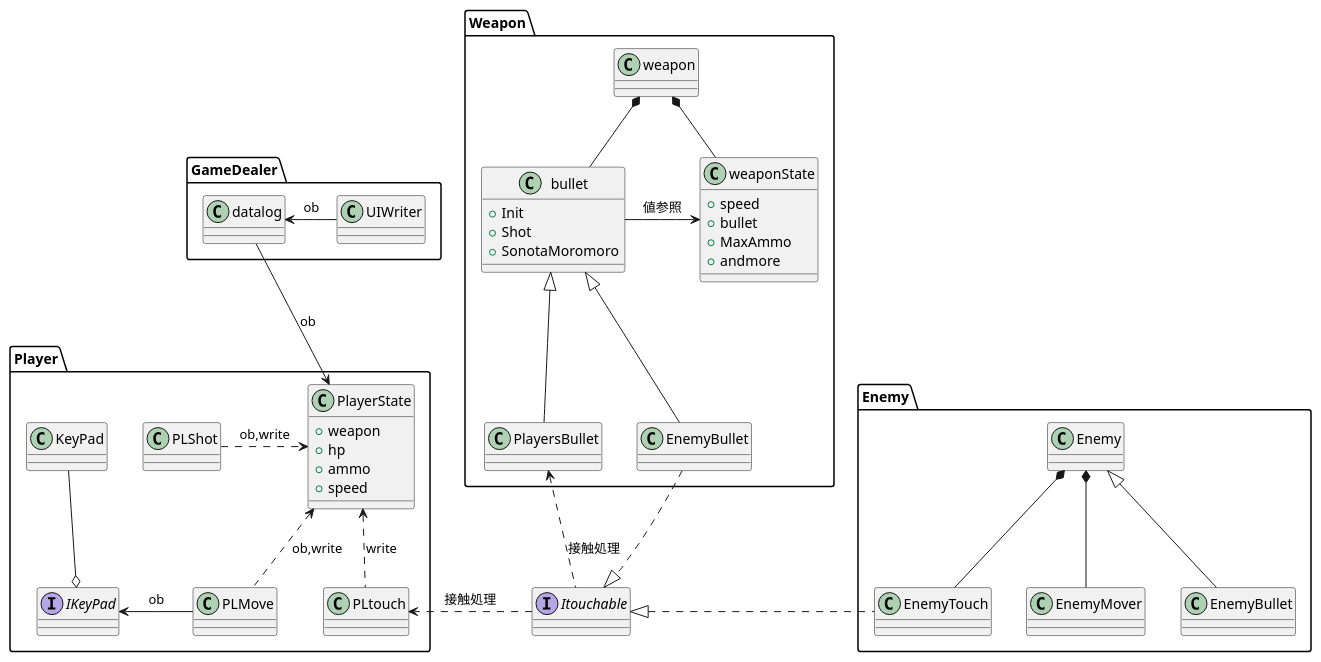
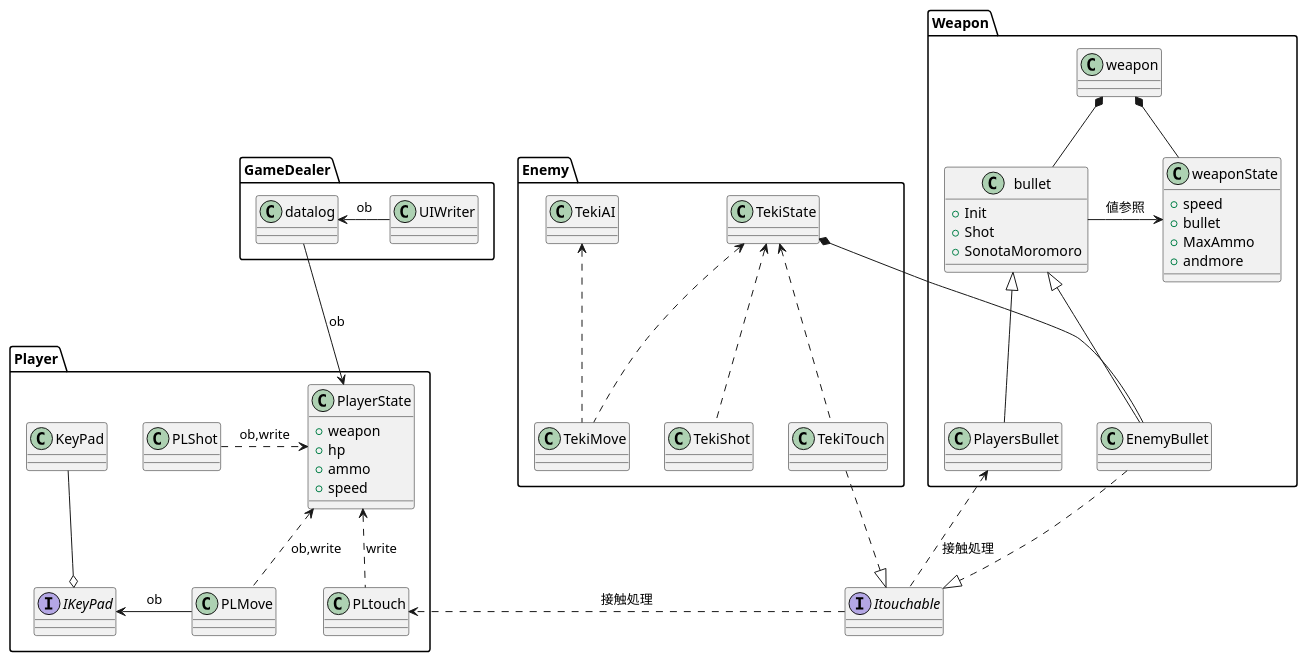
One commit to hitoiki/UnityRoomShooting changed the diagram in Assets/Script/ClassDesign.pu. Above: the diagram before and after it, drawn with PlantUML. The commit also changed 160 other files, not shown here.

```diff
--- a/Assets/Script/ClassDesign.pu
+++ b/Assets/Script/ClassDesign.pu
@@ -1,80 +1,83 @@
 @startuml クラス図
 
 
 package Player{
 class PlayerState{
 +weapon
 +hp
 +ammo
 +speed
 }
 
 class PLMove
 class PLShot
 class PLtouch
 
 interface IKeyPad
 class KeyPad
 
 KeyPad --o IKeyPad
 IKeyPad <- PLMove : ob
 PlayerState <.left. PLShot : ob,write
 PlayerState <.. PLMove : ob,write
 PlayerState <.. PLtouch : write
 }
 
 interface Itouchable
 Itouchable .> PLtouch : 接触処理
 
 
 package Weapon{
     class weapon
     
     class bullet{
         +Init
         +Shot
         +SonotaMoromoro
     }
     
     class weaponState{
         +speed
         +bullet
         +MaxAmmo
         +andmore
     }
 
     class PlayersBullet
     weapon *-- bullet
     weapon *-- weaponState
     weaponState<-left- bullet : 値参照
     bullet <|-- EnemyBullet
     Itouchable <|.Up. EnemyBullet
     bullet <|-- PlayersBullet
     Itouchable .Up.> PlayersBullet :接触処理 
 
 }
 
 
 
 package Enemy{
-    class EnemyMover
-    class EnemyTouch
-    class Enemy
-    class EnemyBullet
+    class TekiMove
+    class TekiTouch
+    class TekiShot
+    class TekiAI
+    class TekiState
 
-    Enemy *-- EnemyTouch
-    Enemy *-- EnemyMover
-    Itouchable <|. EnemyTouch
-    Enemy <|-- EnemyBullet 
+    TekiState <.. TekiMove
+    TekiAI <.. TekiMove
+    TekiState <.. TekiTouch
+    TekiState <.. TekiShot
+    Itouchable <|. TekiTouch
+    TekiState *-- EnemyBullet 
 }
 
 package GameDealer{
     class datalog
     class UIWriter
 
     PlayerState <-Up- datalog : ob
     datalog <- UIWriter : ob
 
 }
 
 @enduml
```
